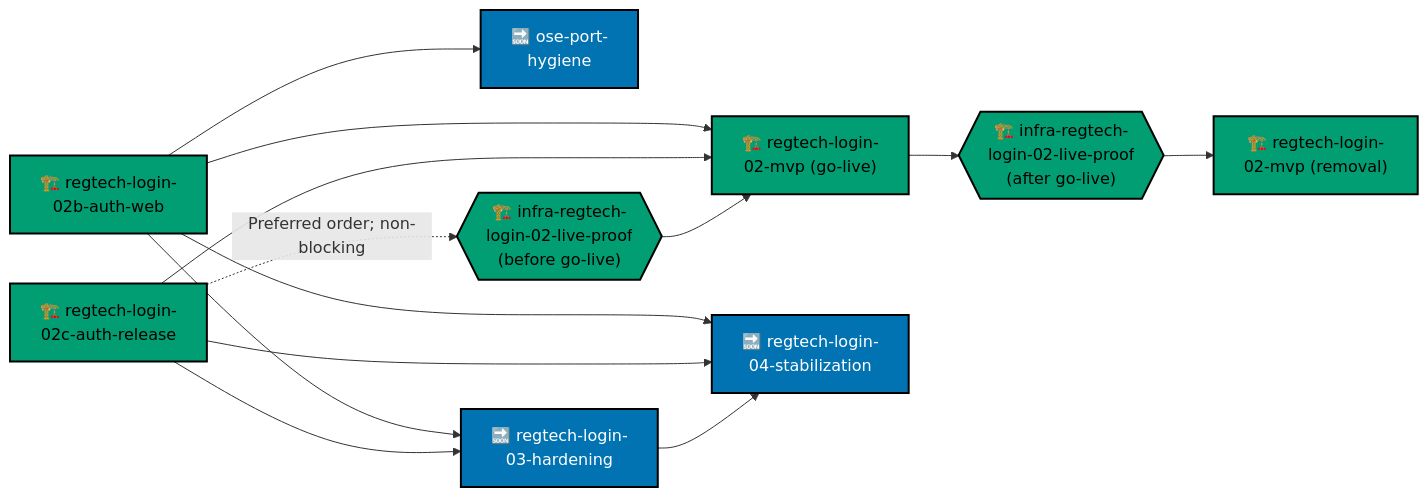
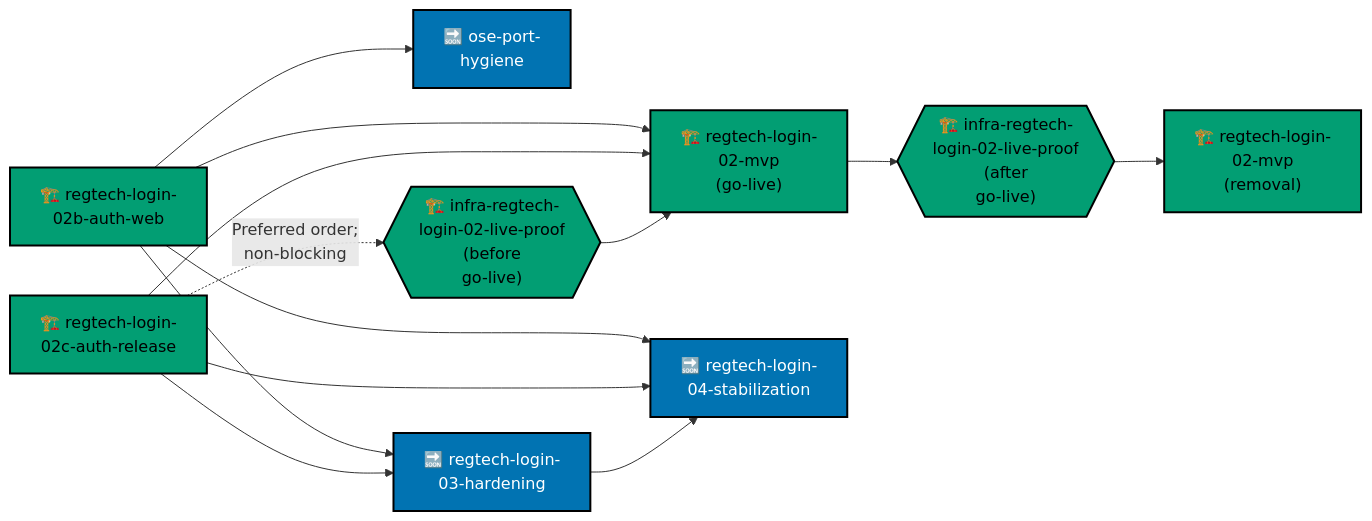
Before and after one commit to wahidyankf/ose-public: the third of 3 diagrams in apps/ose-www/content/updates/2026-10-17-week-47-learning-paths-and-product-readiness.md, drawn with Mermaid. The commit also changed other lines of this file, not shown here.

Commit message:
docs(ose-www): fit update diagrams to Mermaid rules

````diff
--- a/apps/ose-www/content/updates/2026-10-17-week-47-learning-paths-and-product-readiness.md
+++ b/apps/ose-www/content/updates/2026-10-17-week-47-learning-paths-and-product-readiness.md
@@ -279,34 +281,34 @@
 ```mermaid
 %% Color palette: Blue #0173B2, Teal #029E73, Black #000000, White #FFFFFF
 %% Blue marks planned work; teal marks work in progress. Hexagons identify infrastructure steps.
 %% Emoji statuses are also explained in the text legend below.
 flowchart LR
     accTitle: RegTech plan order around go-live
     accDescr: This plan snapshot marks each item as planned or in progress. Solid arrows mean the target waits for the source. A dotted arrow marks a preferred order that does not block. The login web plan, login release plan, and hardening plan feed stabilization. The login release plan and the before-go-live stage of the live-proof plan feed go-live; the release plan has a dotted preferred-order edge to that first proof stage. Go-live leads to the after-go-live proof stage, then to MVP switch removal.
     HYG["🔜 ose-port-<br/>hygiene"]:::backlog
     WEB["🏗️ regtech-login-<br/>02b-auth-web"]:::inprogress
     REL["🏗️ regtech-login-<br/>02c-auth-release"]:::inprogress
     HARD["🔜 regtech-login-<br/>03-hardening"]:::backlog
-    GO["🏗️ regtech-login-<br/>02-mvp #40;go-live#41;"]:::inprogress
-    LIVE0{{"🏗️ infra-regtech-<br/>login-02-live-proof<br/>#40;before go-live#41;"}}:::inprogress
-    LIVE{{"🏗️ infra-regtech-<br/>login-02-live-proof<br/>#40;after go-live#41;"}}:::inprogress
-    OFF["🏗️ regtech-login-<br/>02-mvp #40;removal#41;"]:::inprogress
+    GO["🏗️ regtech-login-<br/>02-mvp<br/>#40;go-live#41;"]:::inprogress
+    LIVE0{{"🏗️ infra-regtech-<br/>login-02-live-proof<br/>#40;before<br/>go-live#41;"}}:::inprogress
+    LIVE{{"🏗️ infra-regtech-<br/>login-02-live-proof<br/>#40;after<br/>go-live#41;"}}:::inprogress
+    OFF["🏗️ regtech-login-<br/>02-mvp<br/>#40;removal#41;"]:::inprogress
     STAB["🔜 regtech-login-<br/>04-stabilization"]:::backlog
 
     WEB --> HYG
     WEB --> HARD
     REL --> HARD
     WEB --> GO
     REL --> GO
     LIVE0 --> GO
-    REL -.->|Preferred order; non-blocking| LIVE0
+    REL -.->|Preferred order;<br/>non-blocking| LIVE0
     GO --> LIVE
     LIVE --> OFF
     WEB --> STAB
     REL --> STAB
     HARD --> STAB
 
     classDef backlog fill:#0173B2,stroke:#000000,color:#FFFFFF,stroke-width:2px
     classDef inprogress fill:#029E73,stroke:#000000,color:#000000,stroke-width:2px
     classDef default fill:#FFFFFF,stroke:#000000,color:#000000,stroke-width:2px
 ```
````
